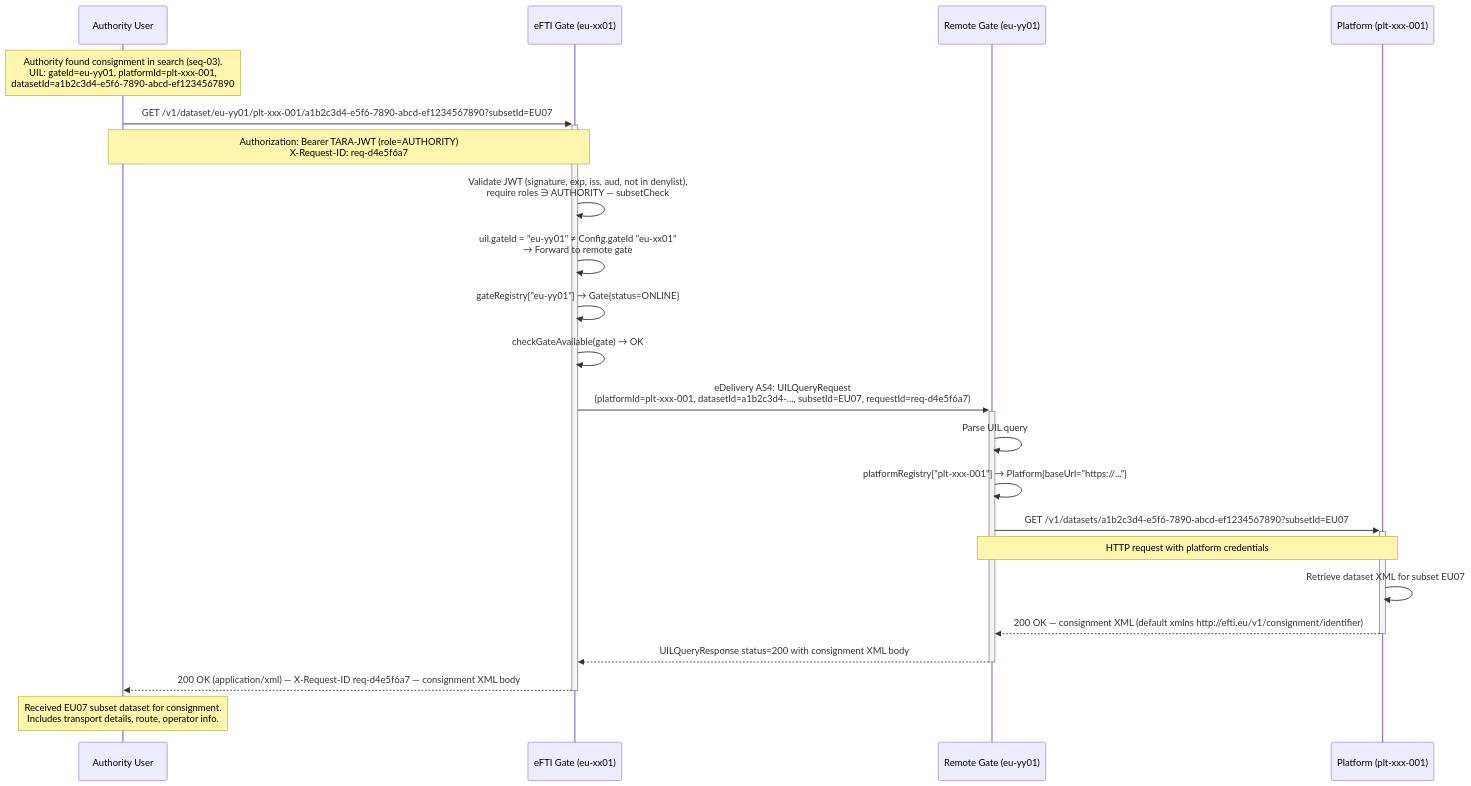
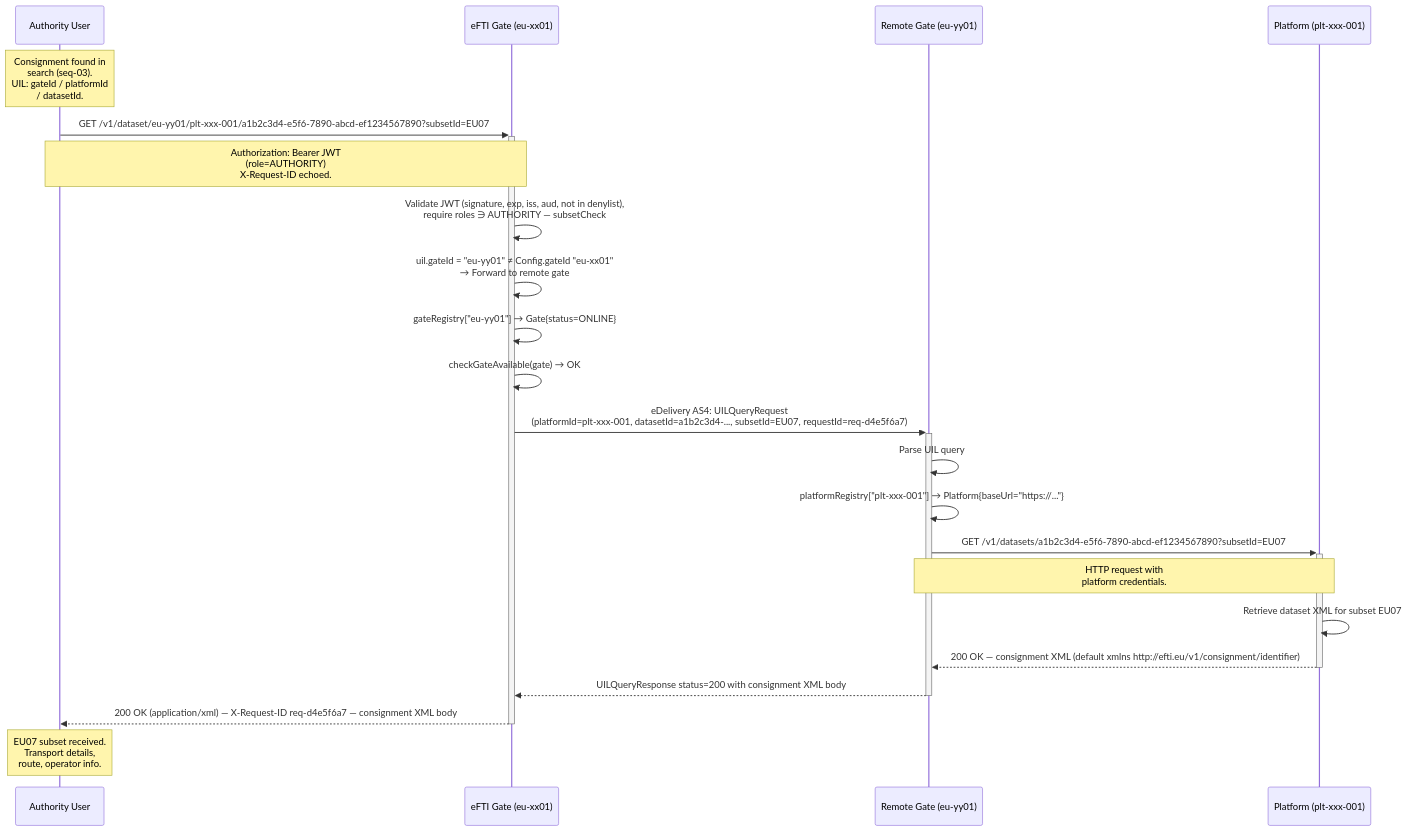
Before and after one commit to kemit-ee/efti-gate-ee: the diagram in docs/specs/diagrams/seq-05-dataset-request.mmd, drawn with Mermaid. The commit also changed 15 other files, not shown here.

First line of the commit message:
docs(diagrams): tighten notes in 16 sequence diagrams to ≤ 25 chars per line

```diff
--- a/docs/specs/diagrams/seq-05-dataset-request.mmd
+++ b/docs/specs/diagrams/seq-05-dataset-request.mmd
@@ -1,32 +1,32 @@
 sequenceDiagram
     participant Authority as Authority User
     participant GateEE as eFTI Gate (eu-xx01)
     participant GateFI as Remote Gate (eu-yy01)
     participant Platform as Platform (plt-xxx-001)
 
-    Note over Authority: Authority found consignment in search (seq-03).<br/>UIL: gateId=eu-yy01, platformId=plt-xxx-001,<br/>datasetId=a1b2c3d4-e5f6-7890-abcd-ef1234567890
+    Note over Authority: Consignment found in<br/>search (seq-03).<br/>UIL: gateId / platformId<br/>/ datasetId.
 
     Authority->>+GateEE: GET /v1/dataset/eu-yy01/plt-xxx-001/a1b2c3d4-e5f6-7890-abcd-ef1234567890?subsetId=EU07
-    Note over Authority,GateEE: Authorization: Bearer TARA-JWT (role=AUTHORITY)<br/>X-Request-ID: req-d4e5f6a7
+    Note over Authority,GateEE: Authorization: Bearer JWT<br/>(role=AUTHORITY)<br/>X-Request-ID echoed.
 
     GateEE->>GateEE: Validate JWT (signature, exp, iss, aud, not in denylist),<br/>require roles ∋ AUTHORITY — subsetCheck
     GateEE->>GateEE: uil.gateId = "eu-yy01" ≠ Config.gateId "eu-xx01"<br/>→ Forward to remote gate
 
     GateEE->>GateEE: gateRegistry["eu-yy01"] → Gate{status=ONLINE}
     GateEE->>GateEE: checkGateAvailable(gate) → OK
 
     GateEE->>+GateFI: eDelivery AS4: UILQueryRequest<br/>(platformId=plt-xxx-001, datasetId=a1b2c3d4-..., subsetId=EU07, requestId=req-d4e5f6a7)
 
     GateFI->>GateFI: Parse UIL query
     GateFI->>GateFI: platformRegistry["plt-xxx-001"] → Platform{baseUrl="https://..."}
     GateFI->>+Platform: GET /v1/datasets/a1b2c3d4-e5f6-7890-abcd-ef1234567890?subsetId=EU07
-    Note over GateFI,Platform: HTTP request with platform credentials
+    Note over GateFI,Platform: HTTP request with<br/>platform credentials.
 
     Platform->>Platform: Retrieve dataset XML for subset EU07
     Platform-->>-GateFI: 200 OK — consignment XML (default xmlns http://efti.eu/v1/consignment/identifier)
 
     GateFI-->>-GateEE: UILQueryResponse status=200 with consignment XML body
 
     GateEE-->>-Authority: 200 OK (application/xml) — X-Request-ID req-d4e5f6a7 — consignment XML body
 
-    Note over Authority: Received EU07 subset dataset for consignment.<br/>Includes transport details, route, operator info.
+    Note over Authority: EU07 subset received.<br/>Transport details,<br/>route, operator info.
```
